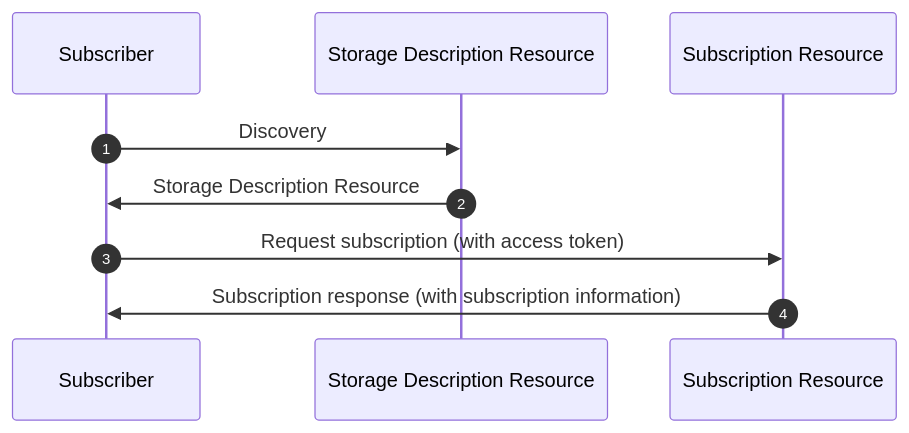
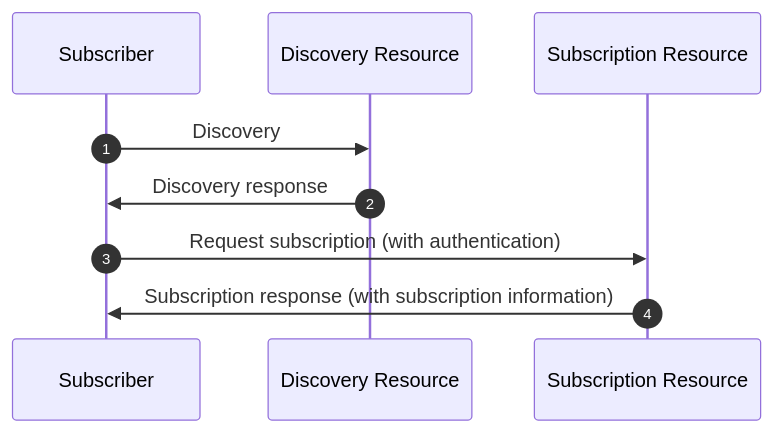
Before and after one commit to solid/notifications: the diagram in notifications-flow-protocol.mmd, drawn with Mermaid. The commit also changed 2 other files, not shown here.

```diff
--- a/notifications-flow-protocol.mmd
+++ b/notifications-flow-protocol.mmd
@@ -1,10 +1,10 @@
 sequenceDiagram
   autonumber
   participant Subscriber
-  participant Storage Description Resource
+  participant Discovery Resource
   participant Subscription Resource
 
-  Subscriber ->> Storage Description Resource: Discovery
-  Storage Description Resource ->> Subscriber: Storage Description Resource
-  Subscriber ->> Subscription Resource: Request subscription (with access token)
+  Subscriber ->> Discovery Resource: Discovery
+  Discovery Resource ->> Subscriber: Discovery response
+  Subscriber ->> Subscription Resource: Request subscription (with authentication)
   Subscription Resource ->> Subscriber: Subscription response (with subscription information)
```
